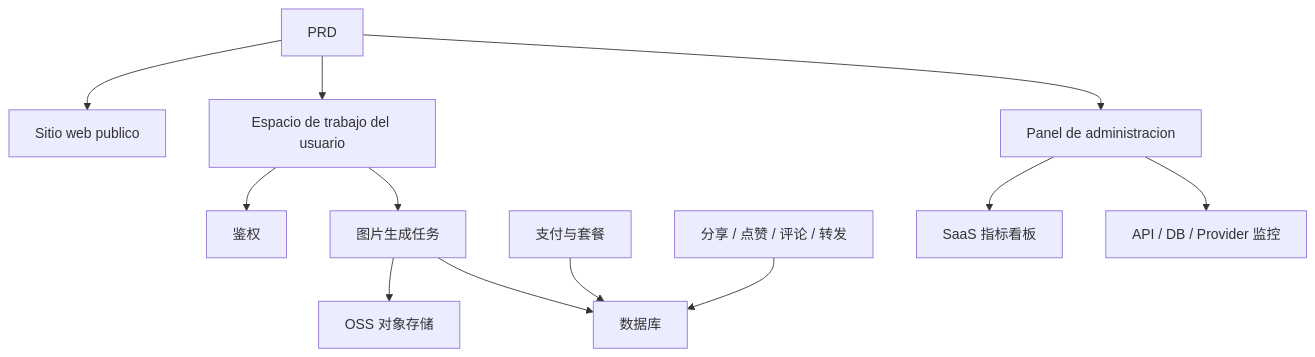
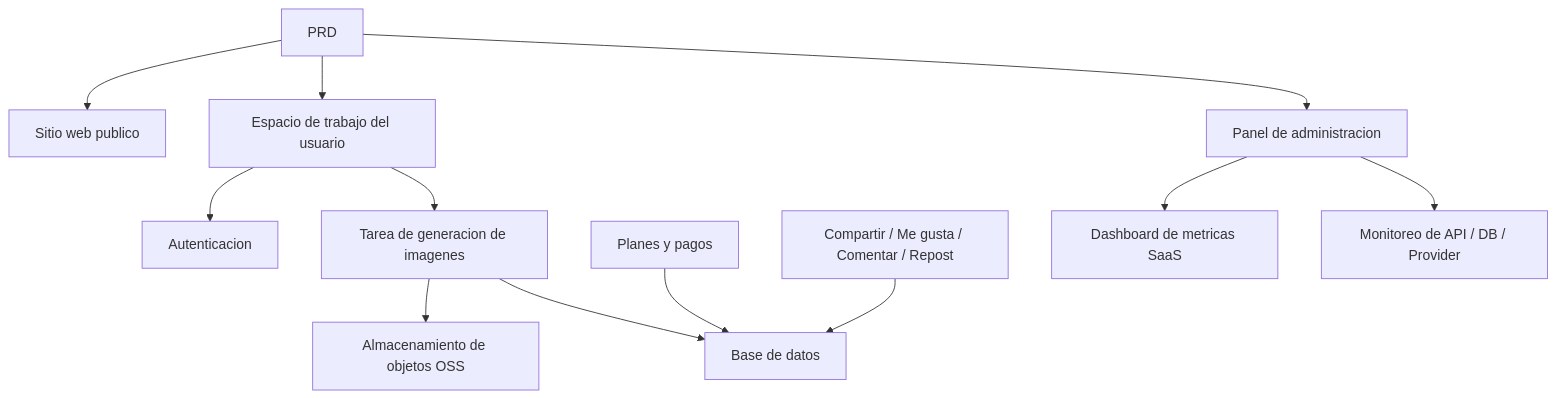
The diagram in docs/es-es/stage-2/assignments/modern-landing-page/index.md (sketchymonk/easy-vibe), drawn with Mermaid before and after one commit. The commit also changed other lines of this file and 59 other files, not shown here.

````diff
--- a/docs/es-es/stage-2/assignments/modern-landing-page/index.md
+++ b/docs/es-es/stage-2/assignments/modern-landing-page/index.md
@@ -75,14 +75,14 @@
 ```mermaid
 flowchart TD
   prd["PRD"] --> web["Sitio web publico"]
   prd --> app["Espacio de trabajo del usuario"]
   prd --> admin["Panel de administracion"]
-  app --> auth["鉴权"]
-  app --> gen["图片生成任务"]
-  gen --> oss["OSS 对象存储"]
-  gen --> db["数据库"]
-  billing["支付与套餐"] --> db
-  social["分享 / 点赞 / 评论 / 转发"] --> db
-  admin --> analytics["SaaS 指标看板"]
-  admin --> observability["API / DB / Provider 监控"]
+  app --> auth["Autenticacion"]
+  app --> gen["Tarea de generacion de imagenes"]
+  gen --> oss["Almacenamiento de objetos OSS"]
+  gen --> db["Base de datos"]
+  billing["Planes y pagos"] --> db
+  social["Compartir / Me gusta / Comentar / Repost"] --> db
+  admin --> analytics["Dashboard de metricas SaaS"]
+  admin --> observability["Monitoreo de API / DB / Provider"]
 ```
````
